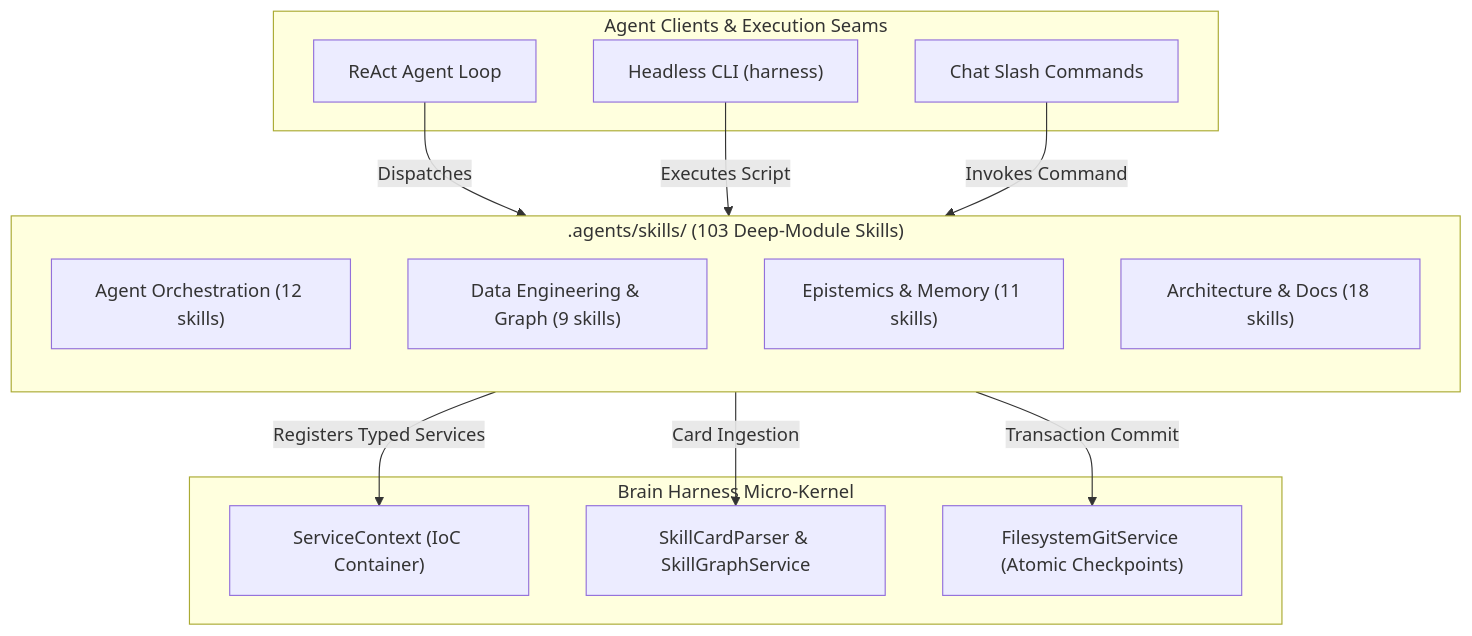
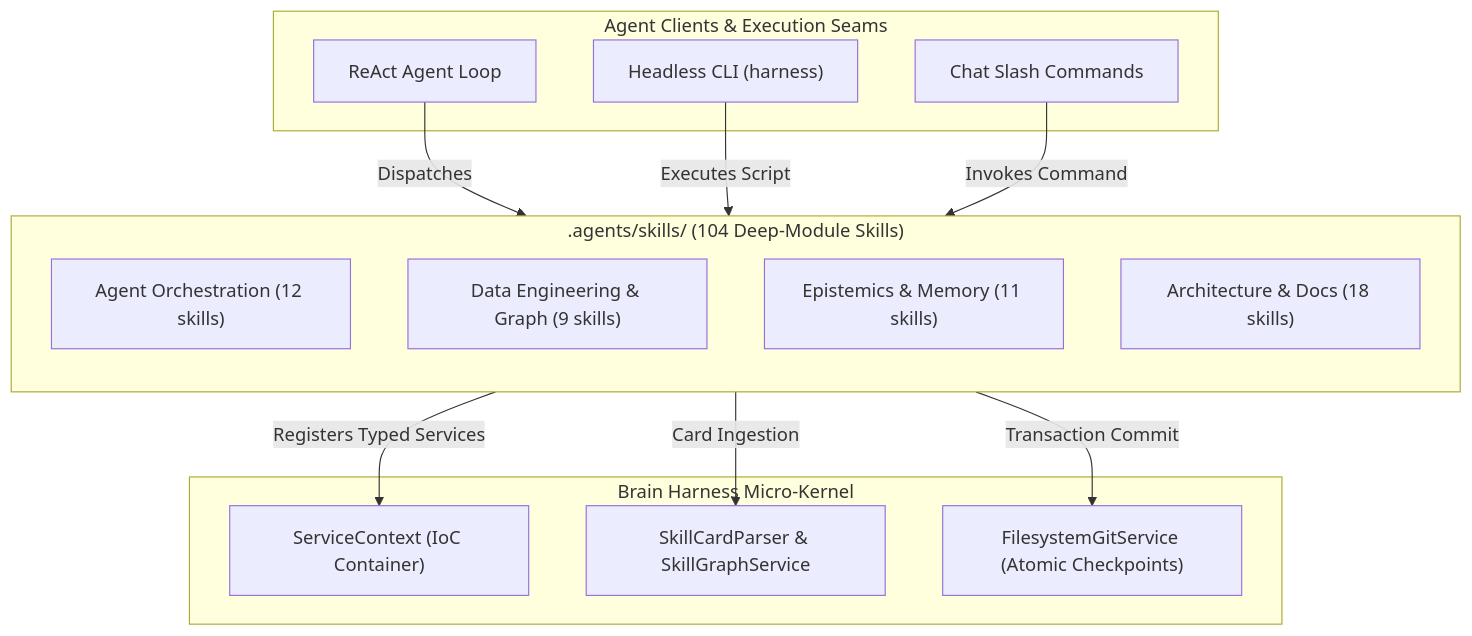
Before and after one commit to SpectreDeath/Brain-Harness: the diagram in .agents/skills/README.md, drawn with Mermaid. The commit also changed other lines of this file and 64 other files, not shown here.

````diff
--- a/.agents/skills/README.md
+++ b/.agents/skills/README.md
@@ -23,29 +23,29 @@
 ```mermaid
 flowchart TD
     subgraph Clients["Agent Clients &amp; Execution Seams"]
         A1["ReAct Agent Loop"]
         A2["Headless CLI (harness)"]
         A3["Chat Slash Commands"]
     end
 
-    subgraph SkillsCatalog[".agents/skills/ (103 Deep-Module Skills)"]
+    subgraph SkillsCatalog[".agents/skills/ (104 Deep-Module Skills)"]
         direction TB
         D1["Agent Orchestration (12 skills)"]
         D2["Data Engineering &amp; Graph (9 skills)"]
         D3["Epistemics &amp; Memory (11 skills)"]
         D4["Architecture &amp; Docs (18 skills)"]
     end
 
     subgraph MicroKernel["Brain Harness Micro-Kernel"]
         K1["ServiceContext (IoC Container)"]
         K2["SkillCardParser &amp; SkillGraphService"]
         K3["FilesystemGitService (Atomic Checkpoints)"]
     end
 
     A1 -->|Dispatches| SkillsCatalog
     A2 -->|Executes Script| SkillsCatalog
     A3 -->|Invokes Command| SkillsCatalog
     SkillsCatalog -->|Registers Typed Services| K1
     SkillsCatalog -->|Card Ingestion| K2
     SkillsCatalog -->|Transaction Commit| K3
 ```
````
